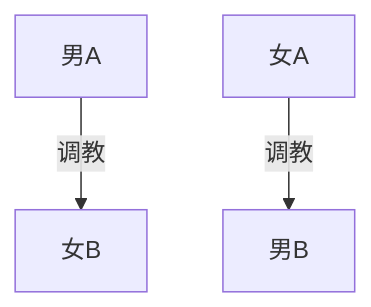
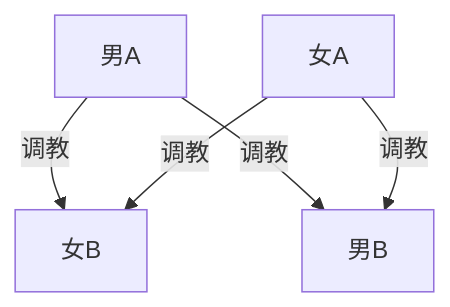
The diagram in _posts/ideas/wife-swap-hunt-plan.md (victor-w-ma/victor-w-ma.github.io), drawn with Mermaid before and after one commit. The commit also changed other lines of this file, not shown here.

````diff
--- a/_posts/ideas/wife-swap-hunt-plan.md
+++ b/_posts/ideas/wife-swap-hunt-plan.md
@@ -13,9 +13,11 @@
 ```mermaid
 graph TD
  manA["男A"]
  womanA["女A"]
  manB["男B"]
  womanB["女B"]
  manA -->|调教| womanB
+ manA -->|调教| manB
  womanA -->|调教| manB
+ womanA -->|调教| womanB
 ```
````
